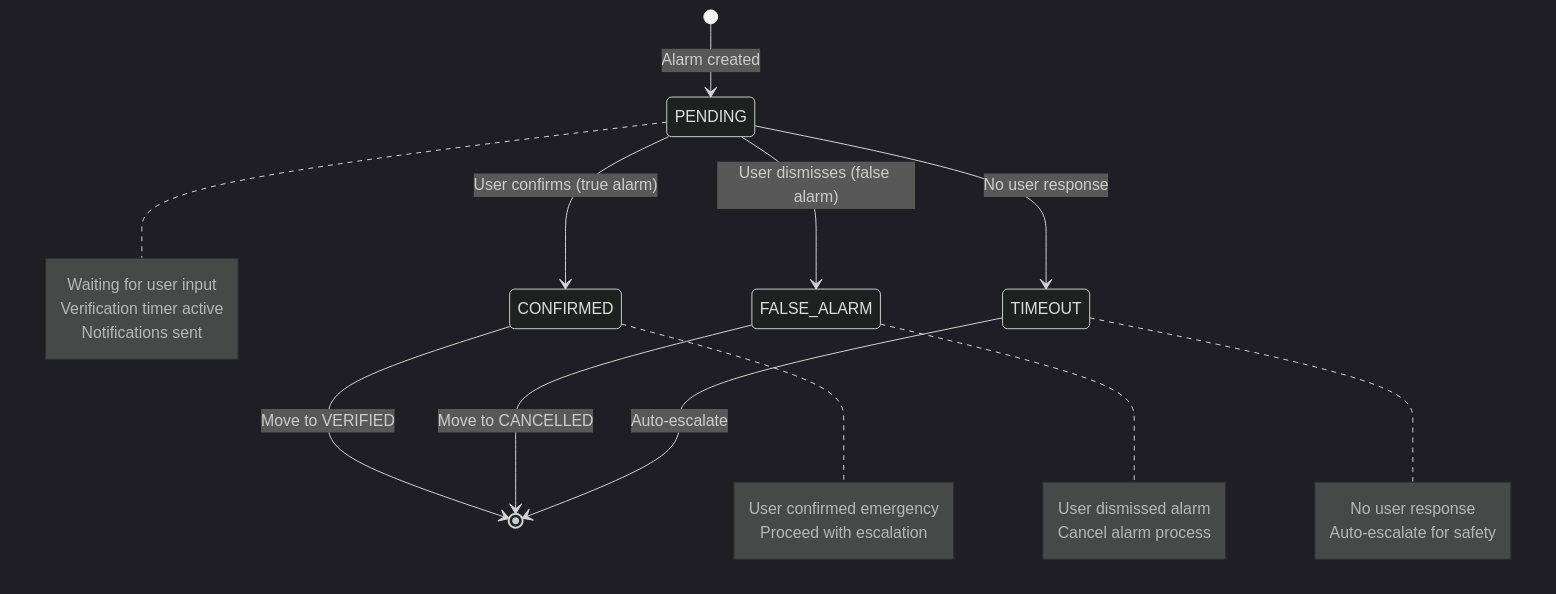
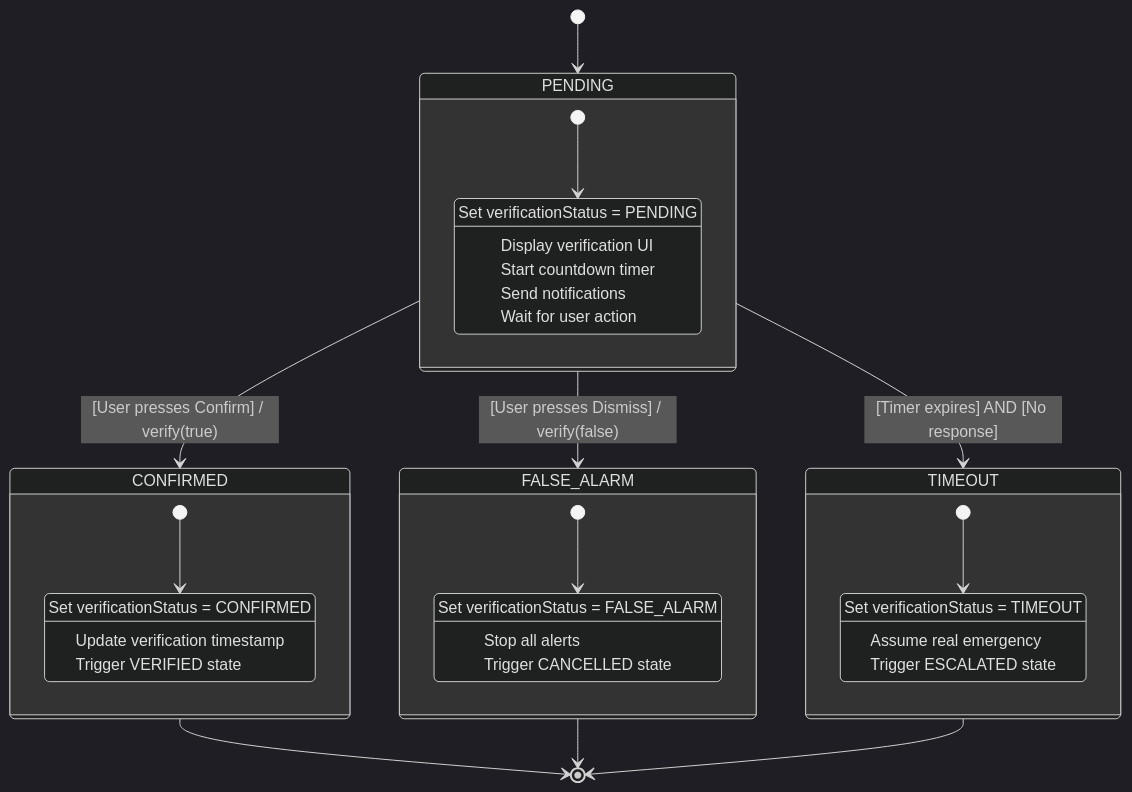
The fourth of 8 diagrams in diagrams/state_diagrams.md (mj010101/swe_25f), drawn with Mermaid (dark theme) before and after one commit. The commit also changed other lines of this file, not shown here.

Commit message:
fix: state diagrams

````diff
--- a/diagrams/state_diagrams.md
+++ b/diagrams/state_diagrams.md
@@ -207,33 +229,42 @@
 ```mermaid
 stateDiagram-v2
-    [*] --> PENDING: Alarm created
+    [*] --> PENDING
 
-    PENDING --> CONFIRMED: User confirms (true alarm)
-    PENDING --> FALSE_ALARM: User dismisses (false alarm)
-    PENDING --> TIMEOUT: No user response
+    state PENDING {
+        [*] --> WaitingInput
+        WaitingInput: Set verificationStatus = PENDING
+        WaitingInput: Display verification UI
+        WaitingInput: Start countdown timer
+        WaitingInput: Send notifications
+        WaitingInput: Wait for user action
+    }
 
-    CONFIRMED --> [*]: Move to VERIFIED
-    FALSE_ALARM --> [*]: Move to CANCELLED
-    TIMEOUT --> [*]: Auto-escalate
+    state CONFIRMED {
+        [*] --> Verified
+        Verified: Set verificationStatus = CONFIRMED
+        Verified: Update verification timestamp
+        Verified: Trigger VERIFIED state
+    }
 
-    note right of PENDING
-        Waiting for user input
-        Verification timer active
-        Notifications sent
-    end note
+    state FALSE_ALARM {
+        [*] --> Dismissed
+        Dismissed: Set verificationStatus = FALSE_ALARM
+        Dismissed: Stop all alerts
+        Dismissed: Trigger CANCELLED state
+    }
 
-    note right of CONFIRMED
-        User confirmed emergency
-        Proceed with escalation
-    end note
+    state TIMEOUT {
+        [*] --> AutoEscalate
+        AutoEscalate: Set verificationStatus = TIMEOUT
+        AutoEscalate: Assume real emergency
+        AutoEscalate: Trigger ESCALATED state
+    }
 
-    note right of FALSE_ALARM
-        User dismissed alarm
-        Cancel alarm process
-    end note
+    PENDING --> CONFIRMED: [User presses Confirm] / verify(true)
+    PENDING --> FALSE_ALARM: [User presses Dismiss] / verify(false)
+    PENDING --> TIMEOUT: [Timer expires] AND [No response]
 
-    note right of TIMEOUT
-        No user response
-        Auto-escalate for safety
-    end note
+    CONFIRMED --> [*]
+    FALSE_ALARM --> [*]
+    TIMEOUT --> [*]
 ```
````
